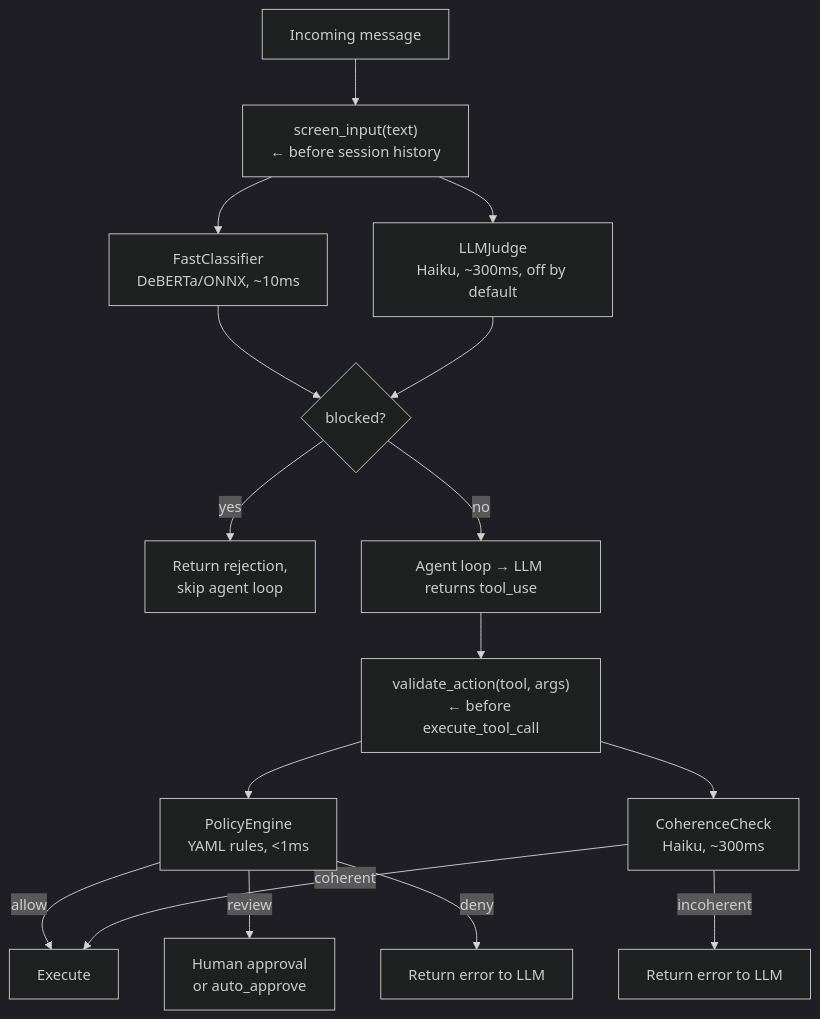
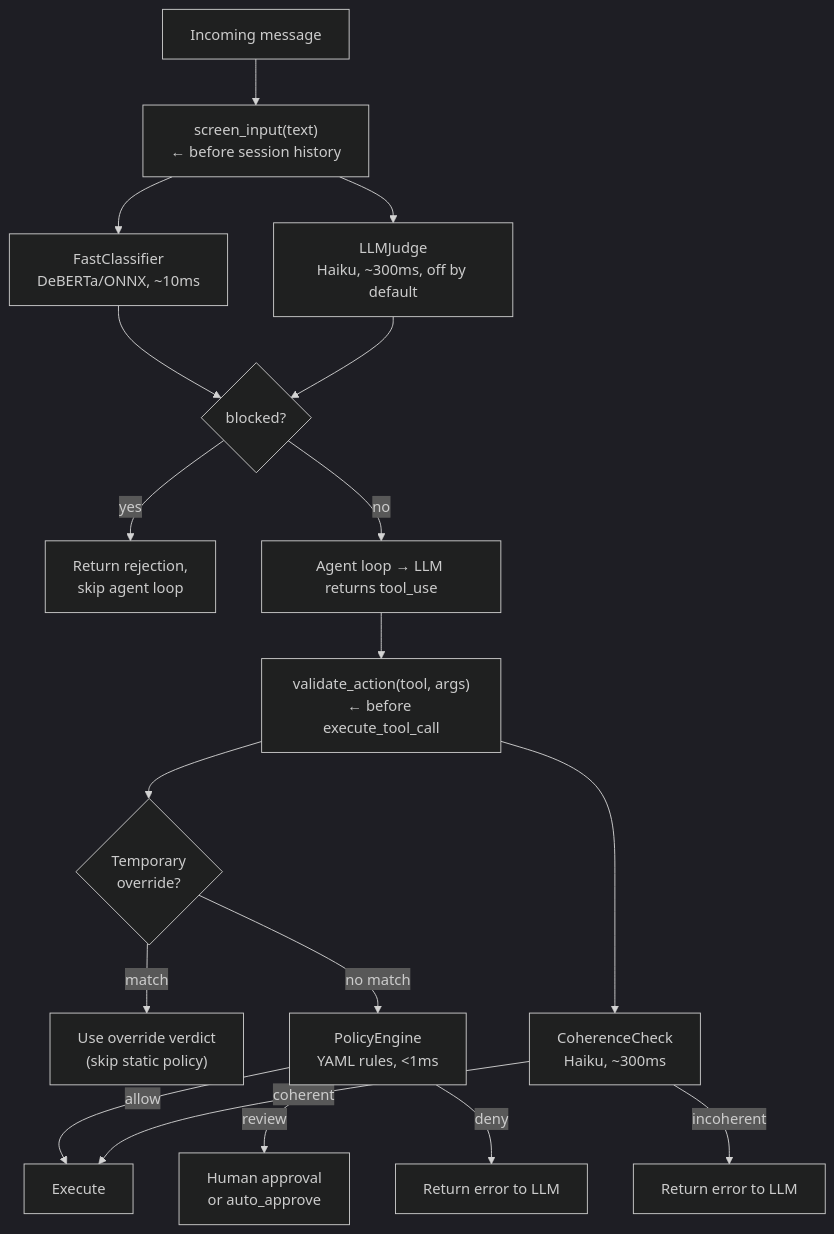
One commit to Creel-ai/creel changed the first of 2 diagrams in docs/architecture/guardian.md. Above: the diagram before and after it, drawn with Mermaid (dark theme). The commit also changed other lines of this file, not shown here.

Commit message:
docs: add temporary overrides to guardian architecture docs

````diff
--- a/docs/architecture/guardian.md
+++ b/docs/architecture/guardian.md
@@ -7,18 +7,20 @@
 ```mermaid
 flowchart TD
     A["Incoming message"] --> B["screen_input(text)\n← before session history"]
     B --> FC["FastClassifier\nDeBERTa/ONNX, ~10ms"]
     B --> LJ["LLMJudge\nHaiku, ~300ms, off by default"]
     FC --> blocked{"blocked?"}
     LJ --> blocked
     blocked -- yes --> reject["Return rejection,\nskip agent loop"]
     blocked -- no --> agent["Agent loop → LLM returns tool_use"]
     agent --> VA["validate_action(tool, args)\n← before execute_tool_call"]
-    VA --> PE["PolicyEngine\nYAML rules, <1ms"]
+    VA --> OV{"Temporary\noverride?"}
+    OV -- match --> ovResult["Use override verdict\n(skip static policy)"]
+    OV -- no match --> PE["PolicyEngine\nYAML rules, <1ms"]
     VA --> CC["CoherenceCheck\nHaiku, ~300ms"]
     PE -- allow --> execute["Execute"]
     PE -- review --> approval["Human approval\nor auto_approve"]
     PE -- deny --> err1["Return error to LLM"]
     CC -- coherent --> execute
     CC -- incoherent --> err2["Return error to LLM"]
 ```
````
